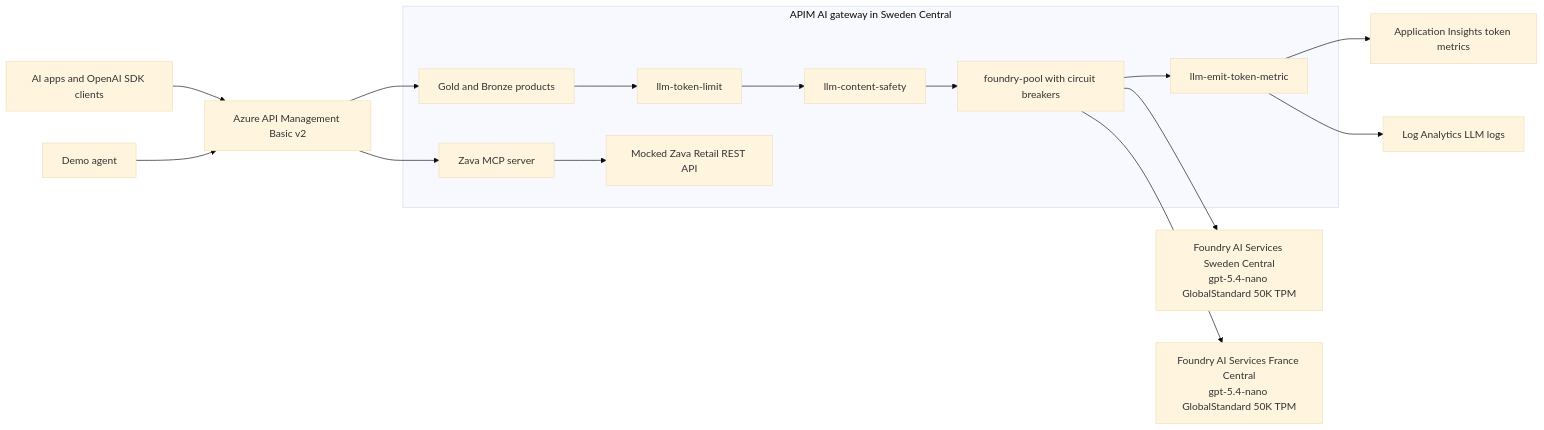
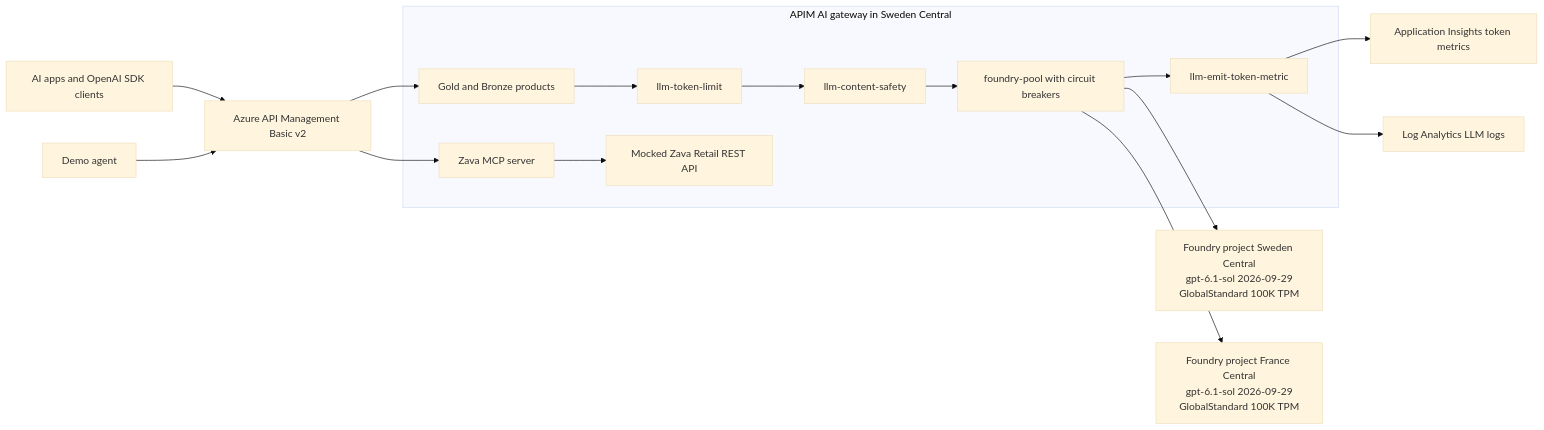
Before and after one commit to frkim/apim-demo: the diagram in README.md, drawn with Mermaid (base theme). The commit also changed other lines of this file and 32 other files, not shown here.

First line of the commit message:
feat: move to Microsoft Foundry (new) projects and GPT-6.1 Sol (#3)

````diff
--- a/README.md
+++ b/README.md
@@ -26,23 +26,23 @@
 ```mermaid
 flowchart LR
     App[AI apps and OpenAI SDK clients] --> APIM[Azure API Management Basic v2]
     Agent[Demo agent] --> APIM
 
     subgraph Gateway[APIM AI gateway in Sweden Central]
         Products[Gold and Bronze products]
         Budget[llm-token-limit]
         Safety[llm-content-safety]
         Metrics[llm-emit-token-metric]
         Pool[foundry-pool with circuit breakers]
         MCP[Zava MCP server]
         Products --> Budget --> Safety --> Pool --> Metrics
         MCP --> Zava[Mocked Zava Retail REST API]
     end
 
     APIM --> Products
     APIM --> MCP
-    Pool --> FoundrySE[Foundry AI Services Sweden Central<br/>gpt-5.4-nano GlobalStandard 50K TPM]
-    Pool --> FoundryFR[Foundry AI Services France Central<br/>gpt-5.4-nano GlobalStandard 50K TPM]
+    Pool --> FoundrySE[Foundry project Sweden Central<br/>gpt-6.1-sol 2026-09-29<br/>GlobalStandard 100K TPM]
+    Pool --> FoundryFR[Foundry project France Central<br/>gpt-6.1-sol 2026-09-29<br/>GlobalStandard 100K TPM]
     Metrics --> AppInsights[Application Insights token metrics]
     Metrics --> LogAnalytics[Log Analytics LLM logs]
 ```
````
